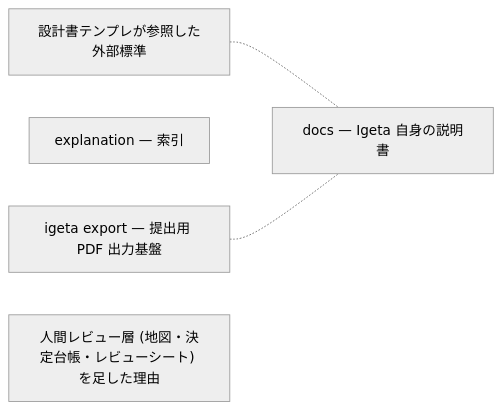
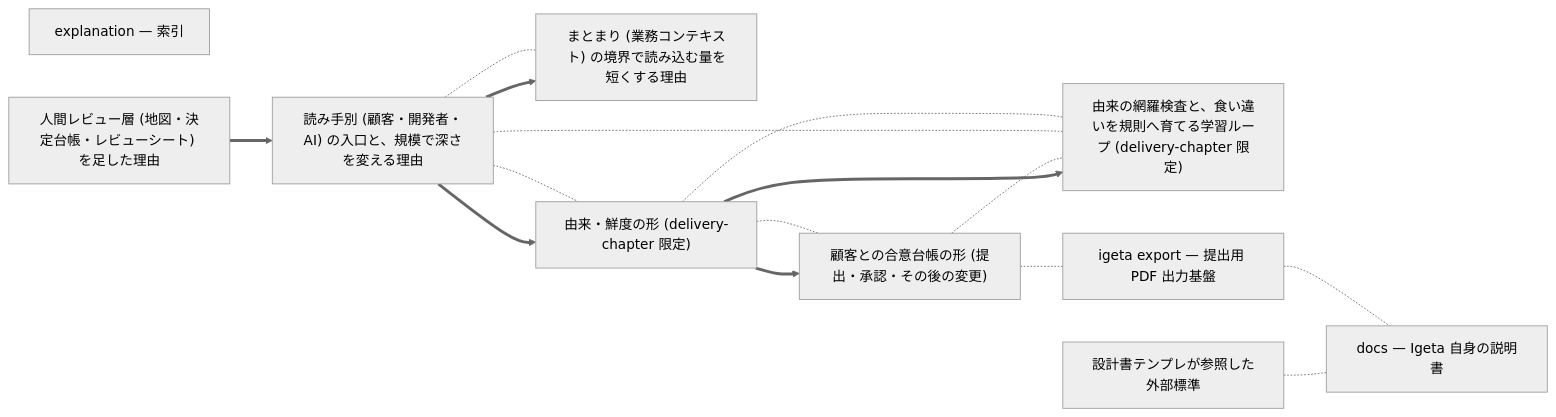
Before and after one commit to SakakitaniJunya/Igeta: the diagram in docs/dependencies.md, drawn with Mermaid (neutral theme). The commit also changed other lines of this file and 76 other files, not shown here.

````diff
--- a/docs/dependencies.md
+++ b/docs/dependencies.md
@@ -12,26 +12,48 @@
 ```mermaid
 graph LR
   classDef standard fill:#fde68a,stroke:#92400e,color:#111
   classDef architecture fill:#bfdbfe,stroke:#1e3a8a,color:#111
   classDef strategy fill:#fbcfe8,stroke:#9d174d,color:#111
   classDef prd fill:#bbf7d0,stroke:#065f46,color:#111
   classDef business fill:#a7f3d0,stroke:#064e3b,color:#111
   classDef adr fill:#c7d2fe,stroke:#3730a3,color:#111
   classDef runbook fill:#fecaca,stroke:#7f1d1d,color:#111
   classDef guide fill:#e9d5ff,stroke:#581c87,color:#111
   classDef design fill:#ddd6fe,stroke:#6d28d9,color:#111
   classDef map fill:#fef3c7,stroke:#78350f,color:#111
   classDef decision_log fill:#fee2e2,stroke:#7f1d1d,color:#111
+  agreement-ledger["顧客との合意台帳の形 (提出・承認・その後の変更)"]
+  class agreement-ledger explanation
+  audience-layers["読み手別 (顧客・開発者・AI) の入口と、規模で深さを変える理由"]
+  class audience-layers explanation
+  context-boundaries["まとまり (業務コンテキスト) の境界で読み込む量を短くする理由"]
+  class context-boundaries explanation
+  coverage-and-learning["由来の網羅検査と、食い違いを規則へ育てる学習ループ (delivery-chapter 限定)"]
+  class coverage-and-learning explanation
   design-doc-standards["設計書テンプレが参照した外部標準"]
   class design-doc-standards explanation
   docs-index["docs — Igeta 自身の説明書"]
   class docs-index index
   explanation-index["explanation — 索引"]
   class explanation-index index
   export-deliverable["igeta export — 提出用 PDF 出力基盤"]
   class export-deliverable explanation
   human-review-layer["人間レビュー層 (地図・決定台帳・レビューシート) を足した理由"]
   class human-review-layer explanation
+  provenance-and-agreement["由来・鮮度の形 (delivery-chapter 限定)"]
+  class provenance-and-agreement explanation
+  provenance-and-agreement ==> agreement-ledger
+  human-review-layer ==> audience-layers
+  audience-layers ==> context-boundaries
+  provenance-and-agreement ==> coverage-and-learning
+  audience-layers ==> provenance-and-agreement
+  agreement-ledger -.- coverage-and-learning
+  agreement-ledger -.- export-deliverable
+  audience-layers -.- provenance-and-agreement
+  audience-layers -.- coverage-and-learning
+  audience-layers -.- context-boundaries
   design-doc-standards -.- docs-index
   export-deliverable -.- docs-index
+  provenance-and-agreement -.- coverage-and-learning
+  provenance-and-agreement -.- agreement-ledger
 ```
````
